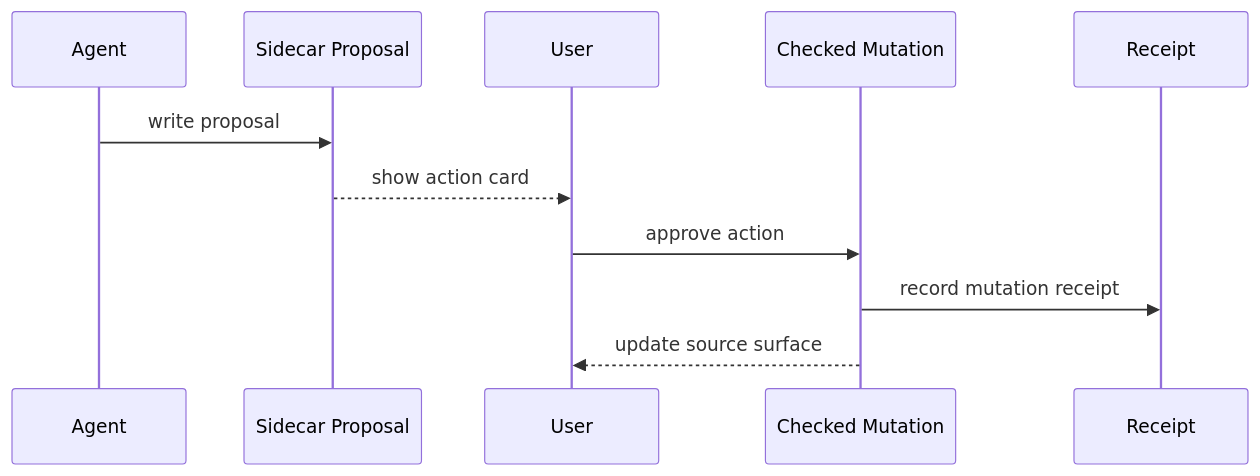
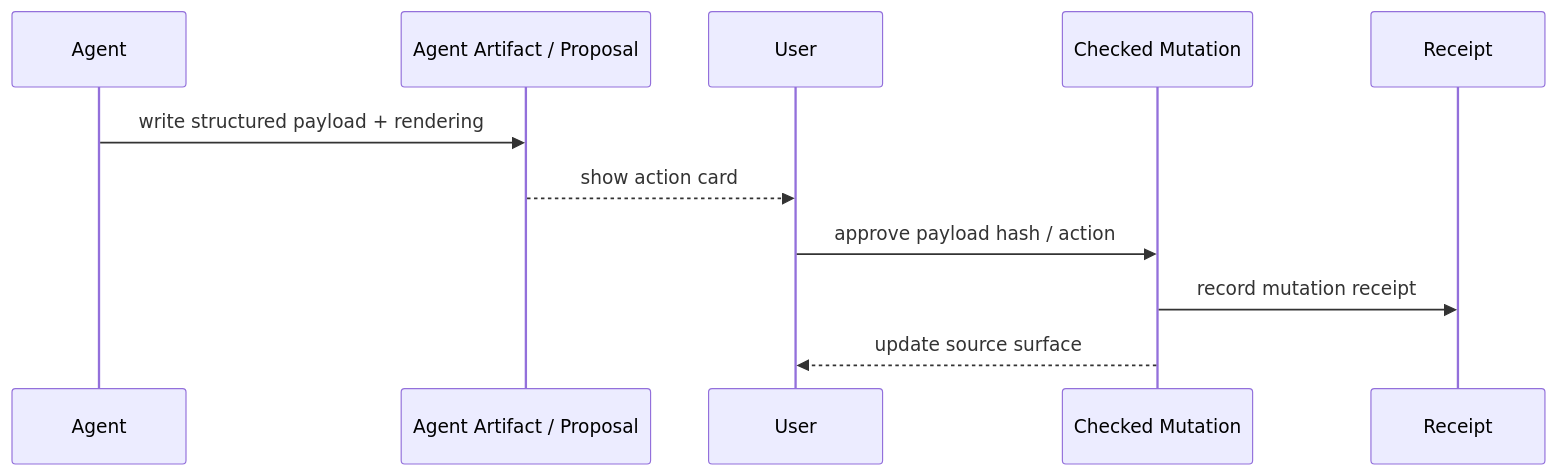
Before and after one commit to HomenShum/NodeRoom: the second of 2 diagrams in plans/human-agent-approval-boundary/plan.mdx, drawn with Mermaid. The commit also changed other lines of this file and 130 other files, not shown here.

````diff
--- a/plans/human-agent-approval-boundary/plan.mdx
+++ b/plans/human-agent-approval-boundary/plan.mdx
@@ -55,13 +58,13 @@
 ```mermaid
 sequenceDiagram
   participant A as Agent
-  participant S as Sidecar Proposal
+  participant S as Agent Artifact / Proposal
   participant U as User
   participant M as Checked Mutation
   participant R as Receipt
-  A->>S: write proposal
+  A->>S: write structured payload + rendering
   S-->>U: show action card
-  U->>M: approve action
+  U->>M: approve payload hash / action
   M->>R: record mutation receipt
   M-->>U: update source surface
 ```
````
